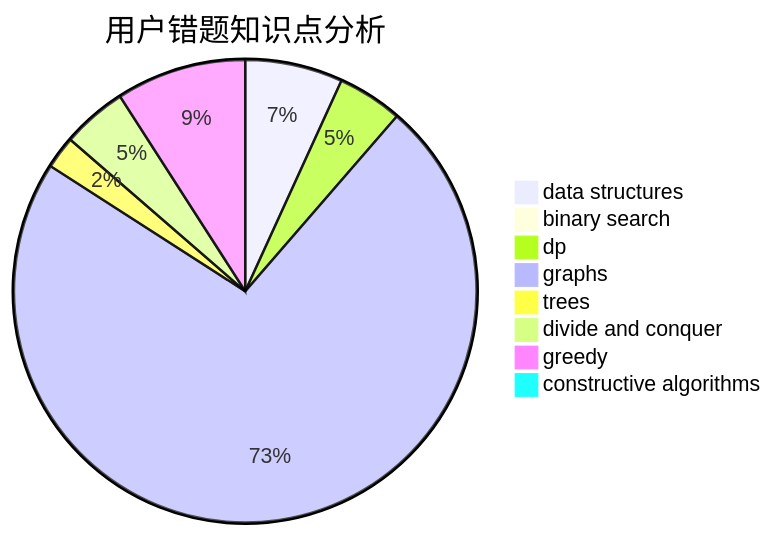
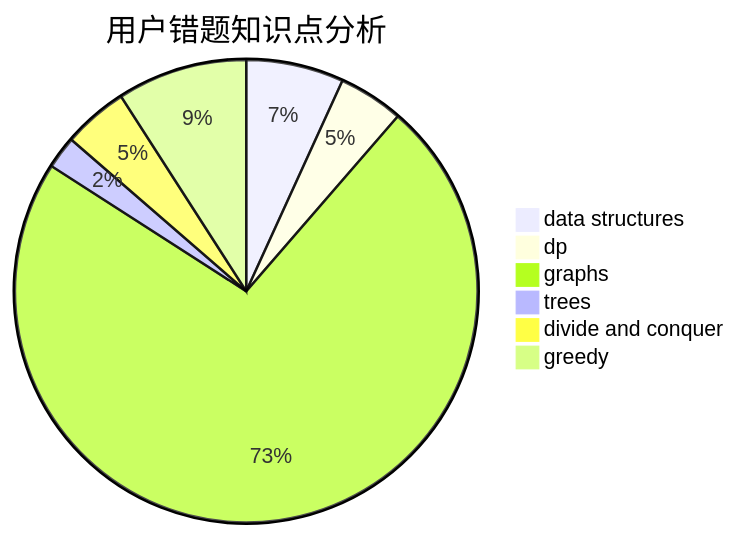
The third of 3 diagrams in docs/user/u1035.md (sherpahu/cfrs.github.io), drawn with Mermaid before and after one commit. The commit also changed other lines of this file and 2770 other files, not shown here.

````diff
--- a/docs/user/u1035.md
+++ b/docs/user/u1035.md
@@ -31,11 +27,9 @@
 ```mermaid
 pie title 用户错题知识点分析
     "data structures" :  3
-    "binary search" :  0
     "dp" :  2
     "graphs" :  32
     "trees" :  1
     "divide and conquer" :  2
     "greedy" :  4
-    "constructive algorithms" :  0
 ```
````
